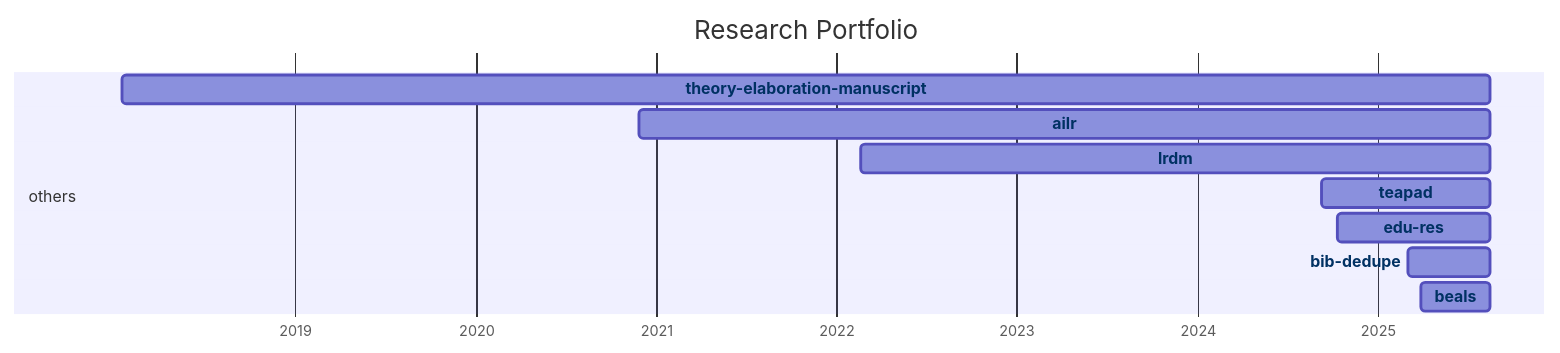
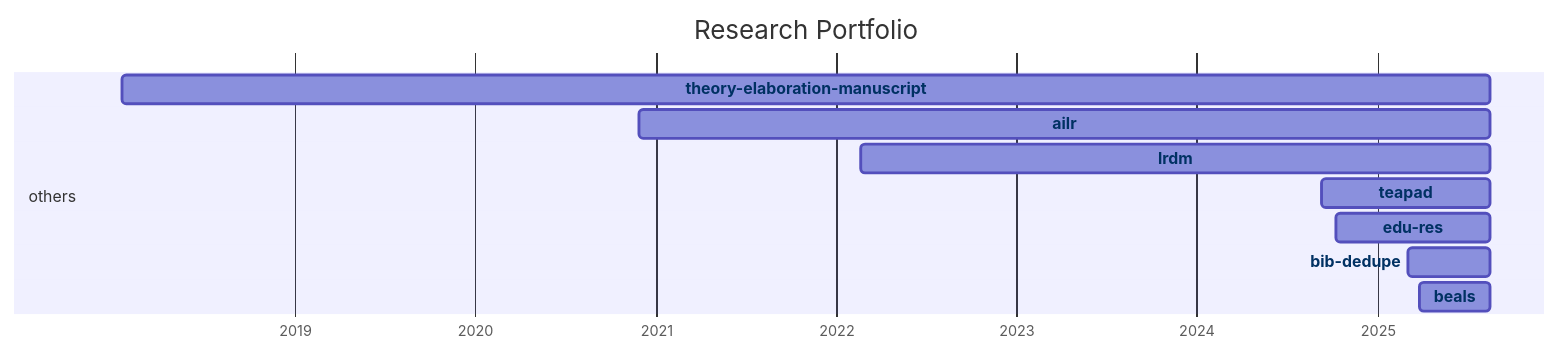
The diagram in docs/20-research/25-projects-gantt.md (digital-work-lab/handbook), drawn with Mermaid before and after one commit. The commit also changed 1 other file, not shown here.

Commit message:
Update repository overview

````diff
--- a/docs/20-research/25-projects-gantt.md
+++ b/docs/20-research/25-projects-gantt.md
@@ -8,33 +8,33 @@
 ```mermaid
 ---
 displayMode: compact
 ---
 gantt
 title Research Portfolio
 dateFormat YYYY-MM-DD
 axisFormat %Y
 
     section work_practices
 
     section distributed_organizing
 
     section knowledge_synthesis
 
     section others
-        beals :beals, 2025-03-28, 2025-08-16
-        bib-dedupe :bib-dedupe, 2025-03-04, 2025-08-16
-        edu-res :edu-res, 2024-10-10, 2025-08-16
-        teapad :teapad, 2024-09-10, 2025-08-16
-        lrdm :lrdm, 2022-02-20, 2025-08-16
-        ailr :ailr, 2020-11-26, 2025-08-16
-        theory-elaboration-manuscript :theory-elaboration-manuscript, 2018-01-15, 2025-08-16
+        beals :beals, 2025-03-28, 2025-08-17
+        bib-dedupe :bib-dedupe, 2025-03-04, 2025-08-17
+        edu-res :edu-res, 2024-10-10, 2025-08-17
+        teapad :teapad, 2024-09-10, 2025-08-17
+        lrdm :lrdm, 2022-02-20, 2025-08-17
+        ailr :ailr, 2020-11-26, 2025-08-17
+        theory-elaboration-manuscript :theory-elaboration-manuscript, 2018-01-15, 2025-08-17
 
 
     click beals href "{{ site.baseurl }}/docs/10-lab/18-resources/beals.html"
     click bib-dedupe href "{{ site.baseurl }}/docs/10-lab/18-resources/bib-dedupe.html"
     click edu-res href "{{ site.baseurl }}/docs/10-lab/18-resources/edu-res.html"
     click teapad href "{{ site.baseurl }}/docs/10-lab/18-resources/teapad.html"
     click lrdm href "{{ site.baseurl }}/docs/10-lab/18-resources/lrdm.html"
     click ailr href "{{ site.baseurl }}/docs/10-lab/18-resources/ailr.html"
     click theory-elaboration-manuscript href "{{ site.baseurl }}/docs/10-lab/18-resources/theory-elaboration-manuscript.html"
 ```
````
